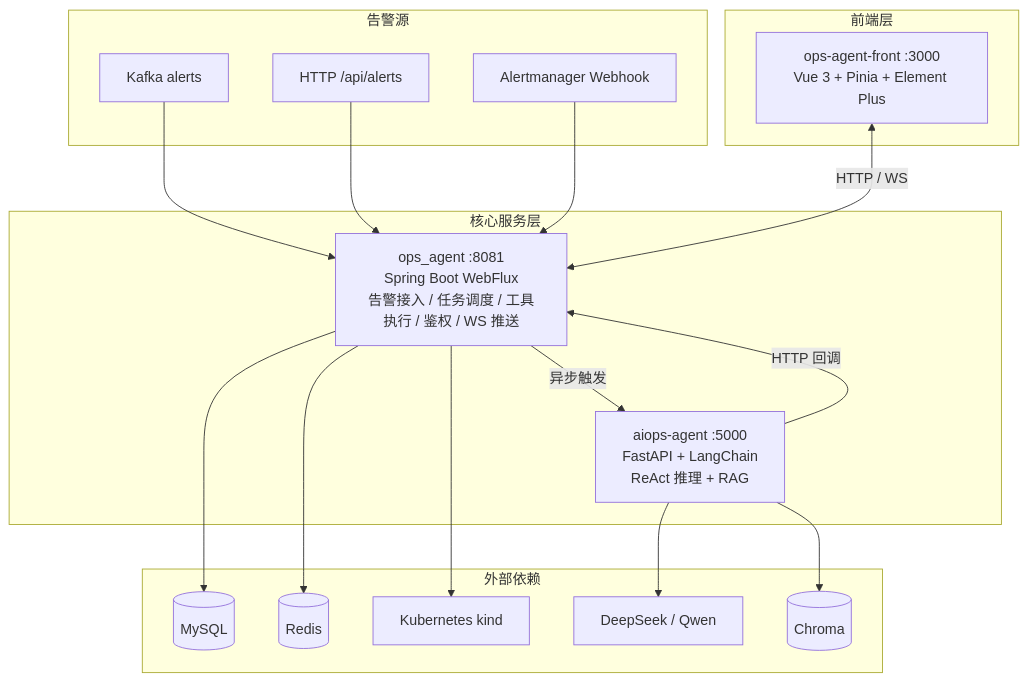
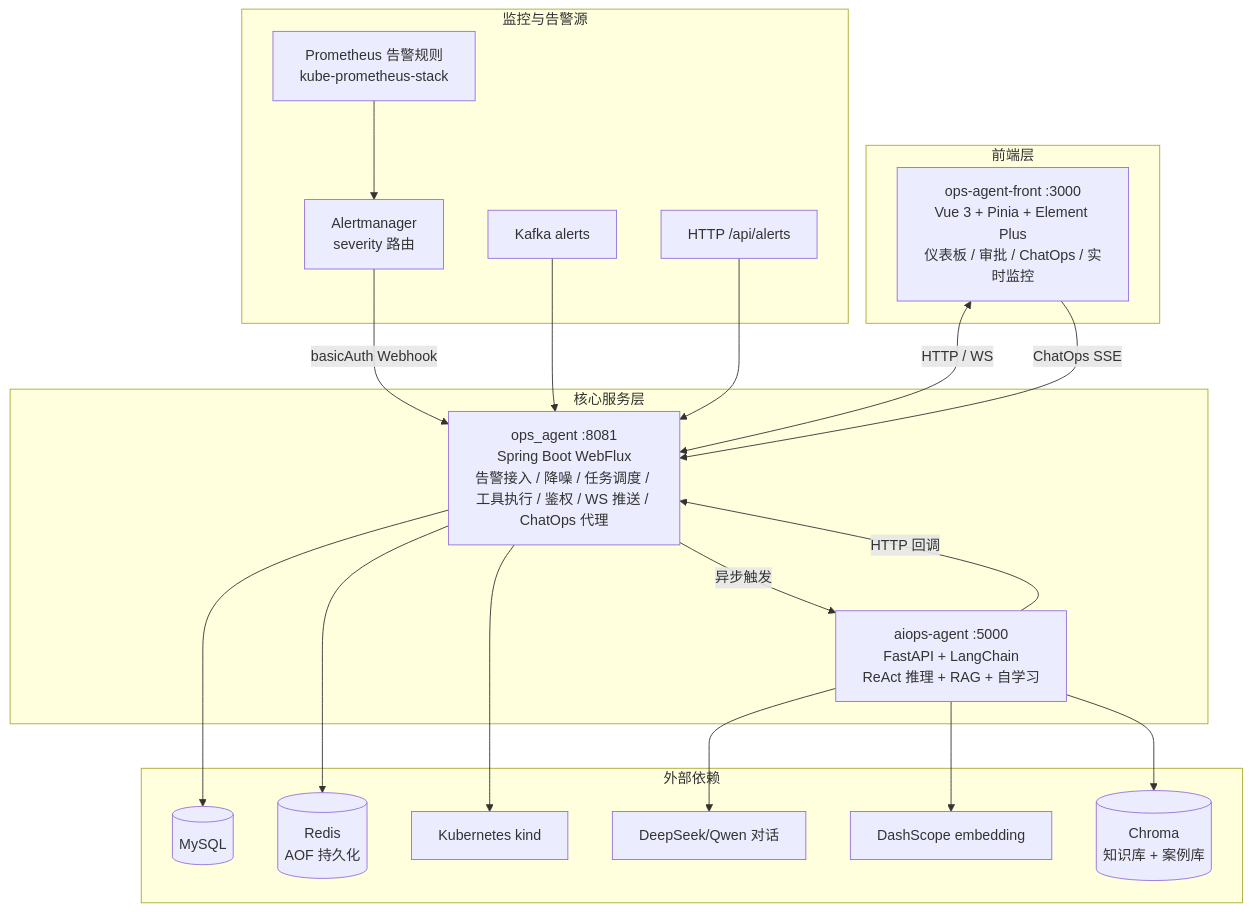
One commit to scwjsdgs/AiOps changed the diagram in README.md. Above: the diagram before and after it, drawn with Mermaid. The commit also changed other lines of this file and 83 other files, not shown here.

````diff
--- a/README.md
+++ b/README.md
@@ -36,37 +36,42 @@
 ```mermaid
 flowchart TB
-    subgraph 告警源
+    subgraph 监控与告警源
+        PR[Prometheus 告警规则<br>kube-prometheus-stack]
+        AM[Alertmanager<br>severity 路由]
         K[Kafka alerts]
         H[HTTP /api/alerts]
-        W[Alertmanager Webhook]
     end
 
     subgraph 前端层
-        F[ops-agent-front :3000<br>Vue 3 + Pinia + Element Plus]
+        F[ops-agent-front :3000<br>Vue 3 + Pinia + Element Plus<br>仪表板 / 审批 / ChatOps / 实时监控]
     end
 
     subgraph 核心服务层
-        J[ops_agent :8081<br>Spring Boot WebFlux<br>告警接入 / 任务调度 / 工具执行 / 鉴权 / WS 推送]
-        P[aiops-agent :5000<br>FastAPI + LangChain<br>ReAct 推理 + RAG]
+        J[ops_agent :8081<br>Spring Boot WebFlux<br>告警接入 / 降噪 / 任务调度 / 工具执行 / 鉴权 / WS 推送 / ChatOps 代理]
+        P[aiops-agent :5000<br>FastAPI + LangChain<br>ReAct 推理 + RAG + 自学习]
     end
 
     subgraph 外部依赖
         DB[(MySQL)]
-        R[(Redis)]
+        R[(Redis<br>AOF 持久化)]
         K8S[Kubernetes kind]
-        LLM[DeepSeek / Qwen]
-        CH[(Chroma)]
+        LLM[DeepSeek/Qwen 对话]
+        EMB[DashScope embedding]
+        CH[(Chroma<br>知识库 + 案例库)]
     end
 
+    PR --> AM
+    AM -->|basicAuth Webhook| J
     K --> J
     H --> J
-    W --> J
     F <-->|HTTP / WS| J
+    F -->|ChatOps SSE| J
     J -->|异步触发| P
     P -->|HTTP 回调| J
     J --> DB
     J --> R
     J --> K8S
     P --> LLM
+    P --> EMB
     P --> CH
 ```
````
